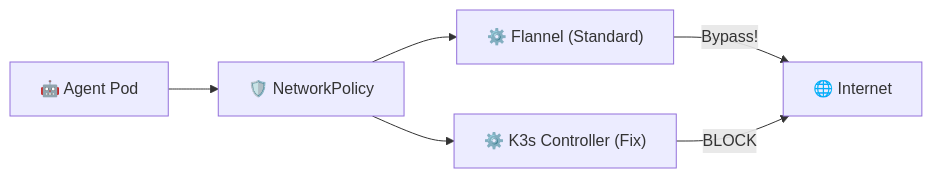
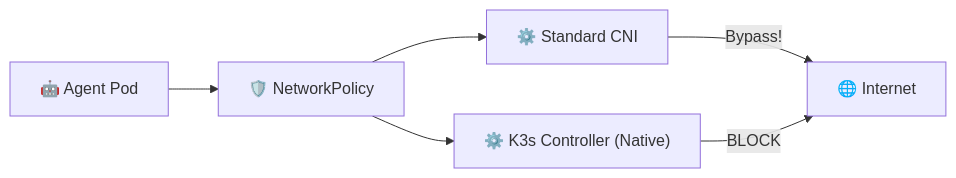
Before and after one commit to grahaml/agentic-mobile-lab: the third of 4 diagrams in articles/private-agent-runtime.md, drawn with Mermaid. The commit also changed other lines of this file and 1 other file, not shown here.

Commit message:
docs: generalize articles to use native k3s and remove personal identifiers

````diff
--- a/articles/private-agent-runtime.md
+++ b/articles/private-agent-runtime.md
@@ -75,12 +75,12 @@
 ```mermaid
 graph LR
     Pod["🤖 Agent Pod"]
     NP["🛡️ NetworkPolicy"]
-    CNI["⚙️ Flannel (Standard)"]
-    CNI_Fix["⚙️ K3s Controller (Fix)"]
+    CNI["⚙️ Standard CNI"]
+    CNI_Fix["⚙️ K3s Controller (Native)"]
     Internet["🌐 Internet"]
 
     Pod --> NP
     NP --> CNI -->|Bypass!| Internet
     NP --> CNI_Fix -->|BLOCK| Internet
 ```
````
